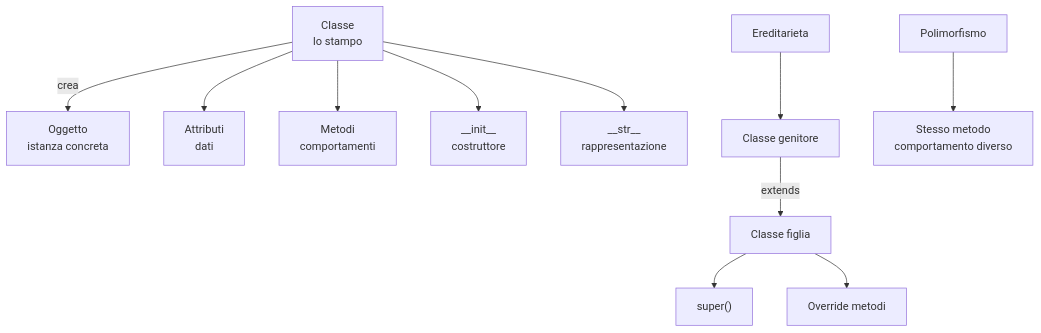
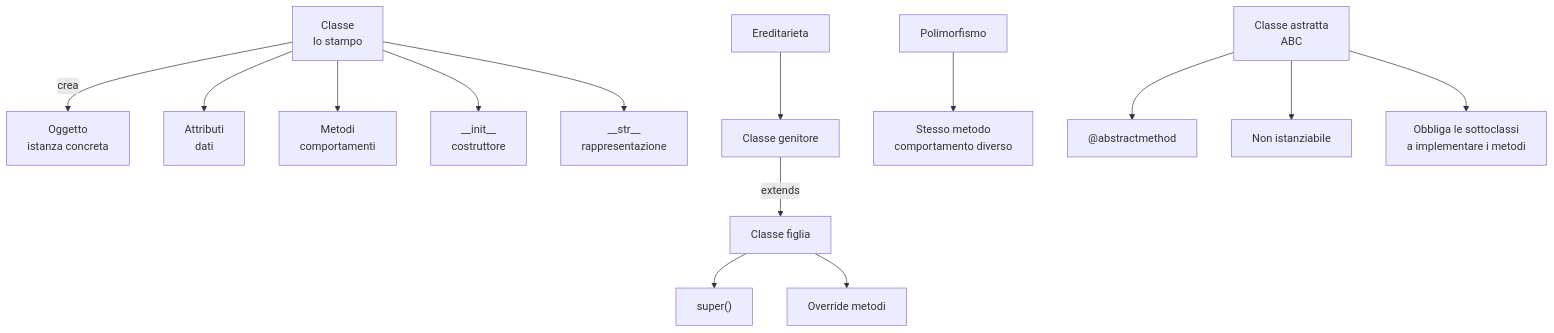
One commit to Federob/infohandouts changed the diagram in docs/pycoding/09_oggetti.qmd. Above: the diagram before and after it, drawn with Mermaid. The commit also changed other lines of this file and 3 other files, not shown here.

````diff
--- a/docs/pycoding/09_oggetti.qmd
+++ b/docs/pycoding/09_oggetti.qmd
@@ -285,16 +370,20 @@
 ```{mermaid}
 flowchart TD
     A["Classe<br/>lo stampo"] -->|"crea"| B["Oggetto<br/>istanza concreta"]
 
     A --> C["Attributi<br/>dati"]
     A --> D["Metodi<br/>comportamenti"]
     A --> E["__init__<br/>costruttore"]
     A --> F["__str__<br/>rappresentazione"]
 
     G["Ereditarieta"] --> H["Classe genitore"]
     H -->|"extends"| I["Classe figlia"]
     I --> J["super()"]
     I --> K["Override metodi"]
 
     L["Polimorfismo"] --> M["Stesso metodo<br/>comportamento diverso"]
+
+    N["Classe astratta<br/>ABC"] --> O["@abstractmethod"]
+    N --> P["Non istanziabile"]
+    N --> Q["Obbliga le sottoclassi<br/>a implementare i metodi"]
 ```
````
